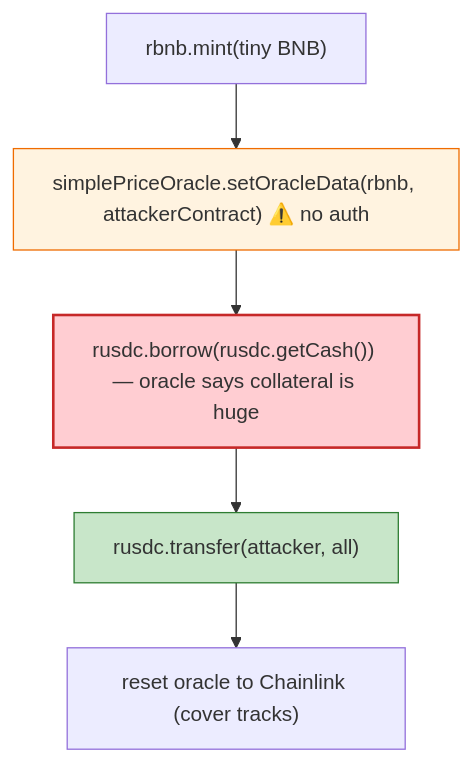
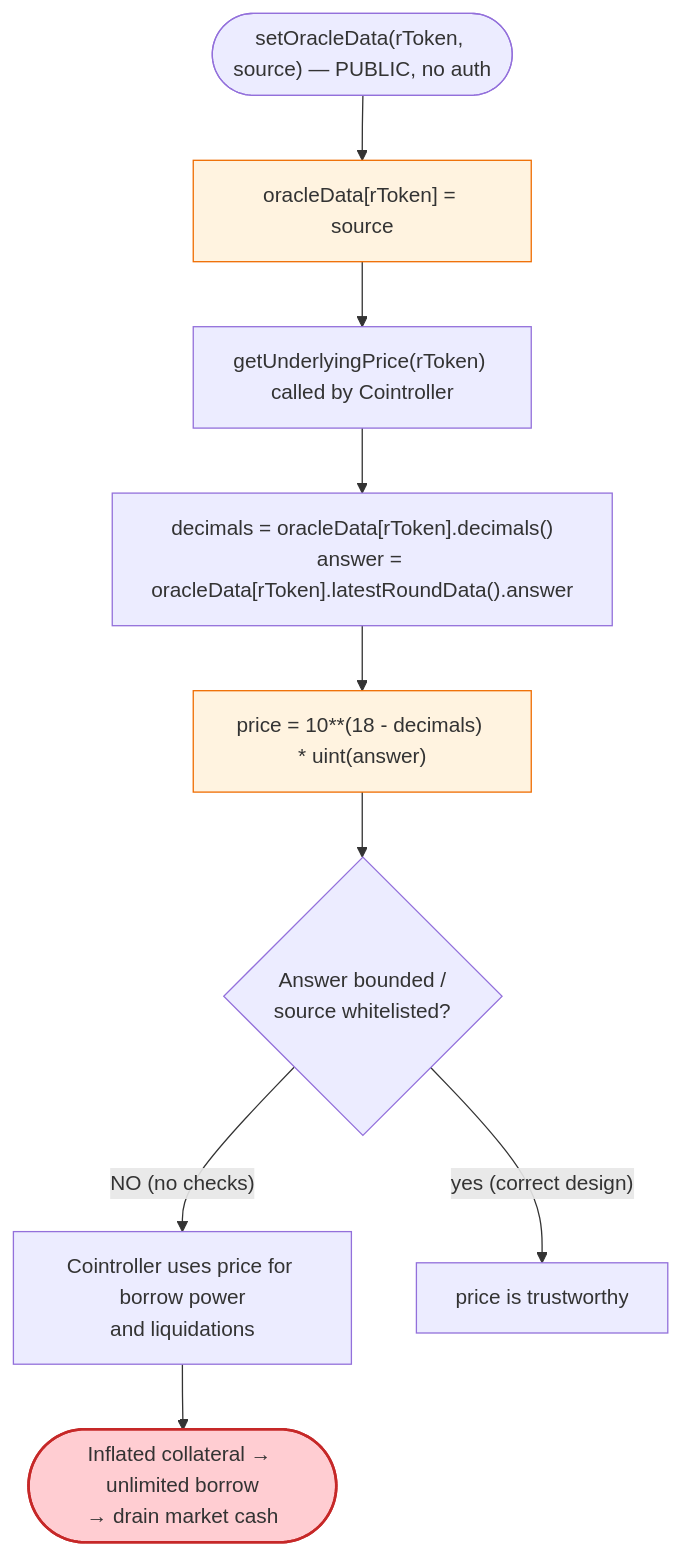
Before and after one commit to sanbir/evm-hack-registry: the third of 3 diagrams in 2022-04-Rikkei_exp/Rikkei_exp.md, drawn with Mermaid. The commit also changed other lines of this file and 52 other files, not shown here.

````diff
--- a/2022-04-Rikkei_exp/Rikkei_exp.md
+++ b/2022-04-Rikkei_exp/Rikkei_exp.md
@@ -58,11 +368,15 @@
 ```mermaid
 flowchart TD
-    M["rbnb.mint(tiny BNB)"] --> S["simplePriceOracle.setOracleData(rbnb, attackerContract) ⚠️ no auth"]
-    S --> B["rusdc.borrow(rusdc.getCash()) — oracle says collateral is huge"]
-    B --> T["rusdc.transfer(attacker, all)"]
-    T --> R["reset oracle to Chainlink (cover tracks)"]
+    Start(["setOracleData(rToken, source) — PUBLIC, no auth"]) --> Write["oracleData[rToken] = source"]
+    Write --> Price["getUnderlyingPrice(rToken) called by Cointroller"]
+    Price --> Read["decimals = oracleData[rToken].decimals()<br/>answer = oracleData[rToken].latestRoundData().answer"]
+    Read --> Scale["price = 10**(18 - decimals) * uint(answer)"]
+    Scale --> Bound{"Answer bounded /<br/>source whitelisted?"}
+    Bound -- "NO (no checks)" --> Cointroller["Cointroller uses price for borrow power<br/>and liquidations"]
+    Bound -- "yes (correct design)" --> Safe["price is trustworthy"]
+    Cointroller --> Drain(["Inflated collateral → unlimited borrow<br/>→ drain market cash"])
 
-    style S fill:#fff3e0,stroke:#ef6c00
-    style B fill:#ffcdd2,stroke:#c62828,stroke-width:2px
-    style T fill:#c8e6c9,stroke:#2e7d32
+    style Write fill:#fff3e0,stroke:#ef6c00
+    style Scale fill:#fff3e0,stroke:#ef6c00
+    style Drain fill:#ffcdd2,stroke:#c62828,stroke-width:2px
 ```
````
